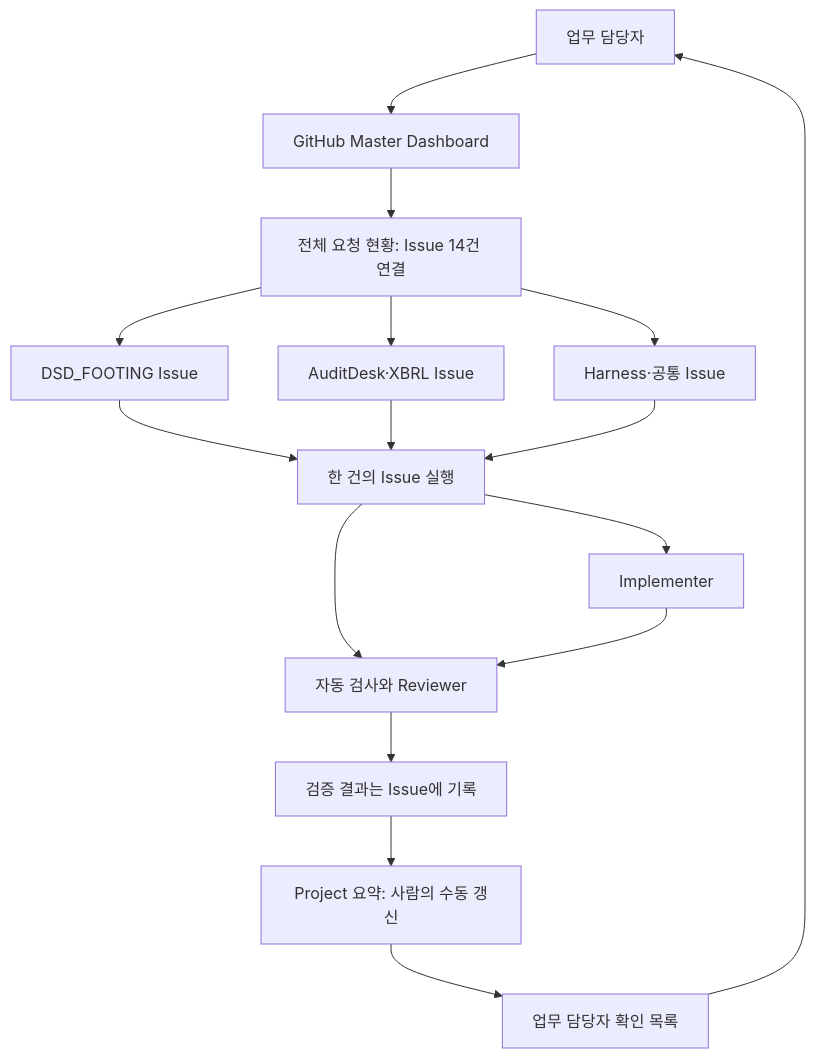
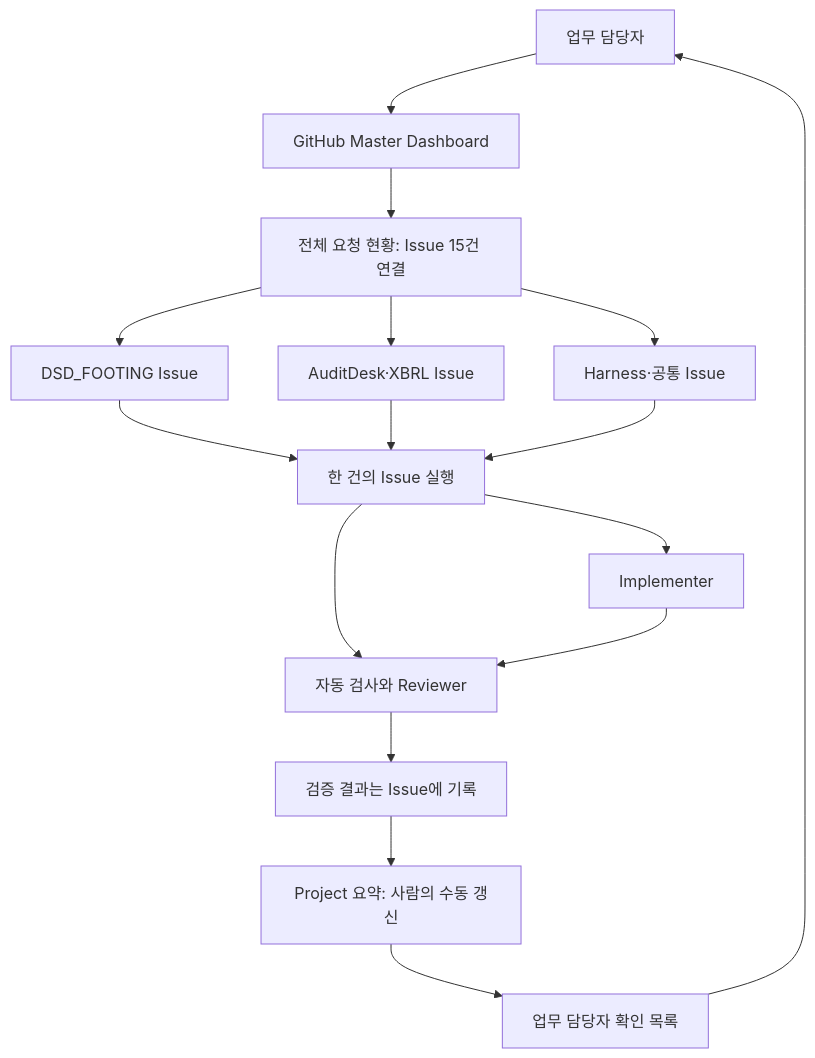
Before and after one commit to yungGom/Auditing_Package: the second of 2 diagrams in docs/harness/ARCHITECTURE.md, drawn with Mermaid. The commit also changed other lines of this file and 2 other files, not shown here.

Commit message:
docs(harness): record approved policy integration and current registry count

````diff
--- a/docs/harness/ARCHITECTURE.md
+++ b/docs/harness/ARCHITECTURE.md
@@ -101,18 +101,18 @@
 ```mermaid
 flowchart TD
     O["업무 담당자"] --> M["GitHub Master Dashboard"]
-    M --> R["전체 요청 현황: Issue 14건 연결"]
+    M --> R["전체 요청 현황: Issue 15건 연결"]
     R --> I1["DSD_FOOTING Issue"]
     R --> I2["AuditDesk·XBRL Issue"]
     R --> I3["Harness·공통 Issue"]
     I1 --> W["한 건의 Issue 실행"]
     I2 --> W
     I3 --> W
     W --> E["Implementer"]
     W --> V["자동 검사와 Reviewer"]
     E --> V
     V --> P["검증 결과는 Issue에 기록"]
     P --> U["Project 요약: 사람의 수동 갱신"]
     U --> B["업무 담당자 확인 목록"]
     B --> O
 ```
````
